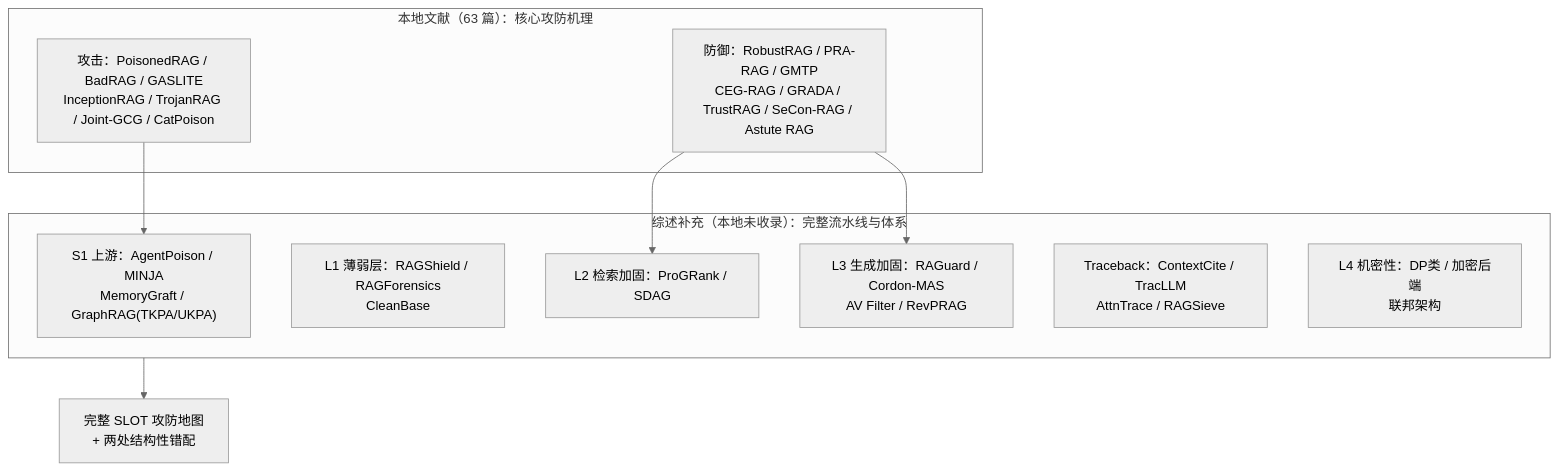
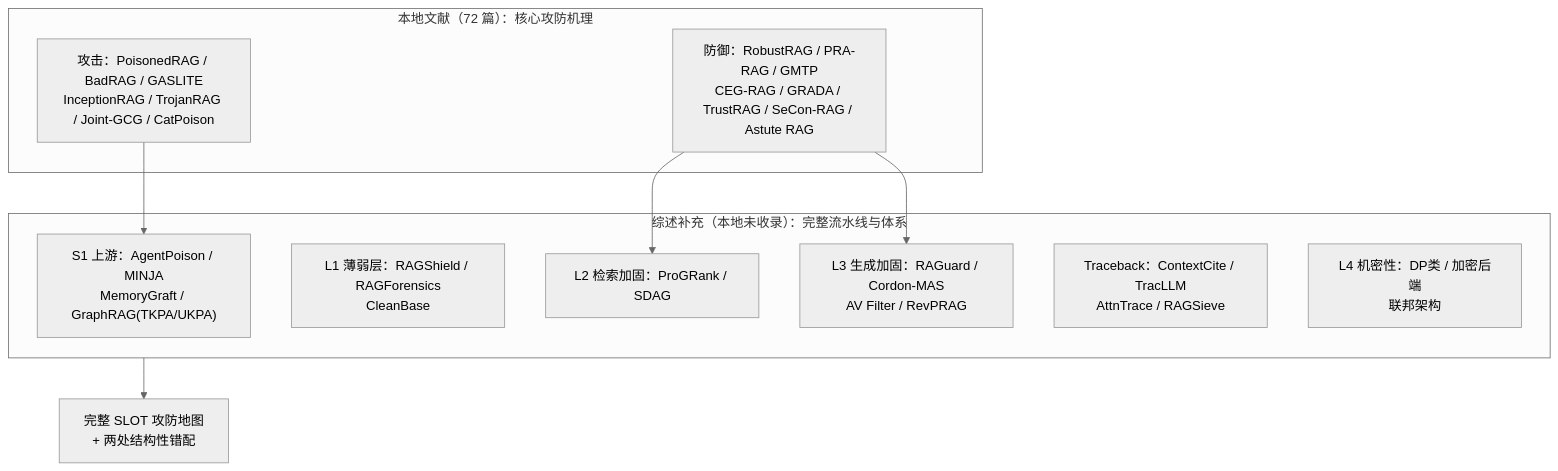
The third of 3 diagrams in docs/RAG安全文献攻防技术手段总结报告.md (fgfgfdg8/graduate_thesis_proposal), drawn with Mermaid (neutral theme) before and after one commit. The commit also changed other lines of this file, not shown here.

````diff
--- a/docs/RAG安全文献攻防技术手段总结报告.md
+++ b/docs/RAG安全文献攻防技术手段总结报告.md
@@ -1303,19 +1423,19 @@
 ```mermaid
 flowchart TB
-    subgraph ORIG["本地文献（63 篇）：核心攻防机理"]
+    subgraph ORIG["本地文献（72 篇）：核心攻防机理"]
         O1["攻击：PoisonedRAG / BadRAG / GASLITE<br/>InceptionRAG / TrojanRAG / Joint-GCG / CatPoison"]
         O2["防御：RobustRAG / PRA-RAG / GMTP<br/>CEG-RAG / GRADA / TrustRAG / SeCon-RAG / Astute RAG"]
     end
     subgraph NEW["综述补充（本地未收录）：完整流水线与体系"]
         N1["S1 上游：AgentPoison / MINJA<br/>MemoryGraft / GraphRAG(TKPA/UKPA)"]
         N2["L1 薄弱层：RAGShield / RAGForensics<br/>CleanBase"]
         N3["L2 检索加固：ProGRank / SDAG"]
         N4["L3 生成加固：RAGuard / Cordon-MAS<br/>AV Filter / RevPRAG"]
         N5["Traceback：ContextCite / TracLLM<br/>AttnTrace / RAGSieve"]
         N6["L4 机密性：DP类 / 加密后端<br/>联邦架构"]
     end
     O1 --> N1
     O2 --> N3
     O2 --> N4
     NEW --> C["完整 SLOT 攻防地图<br/>+ 两处结构性错配"]
 ```
````
